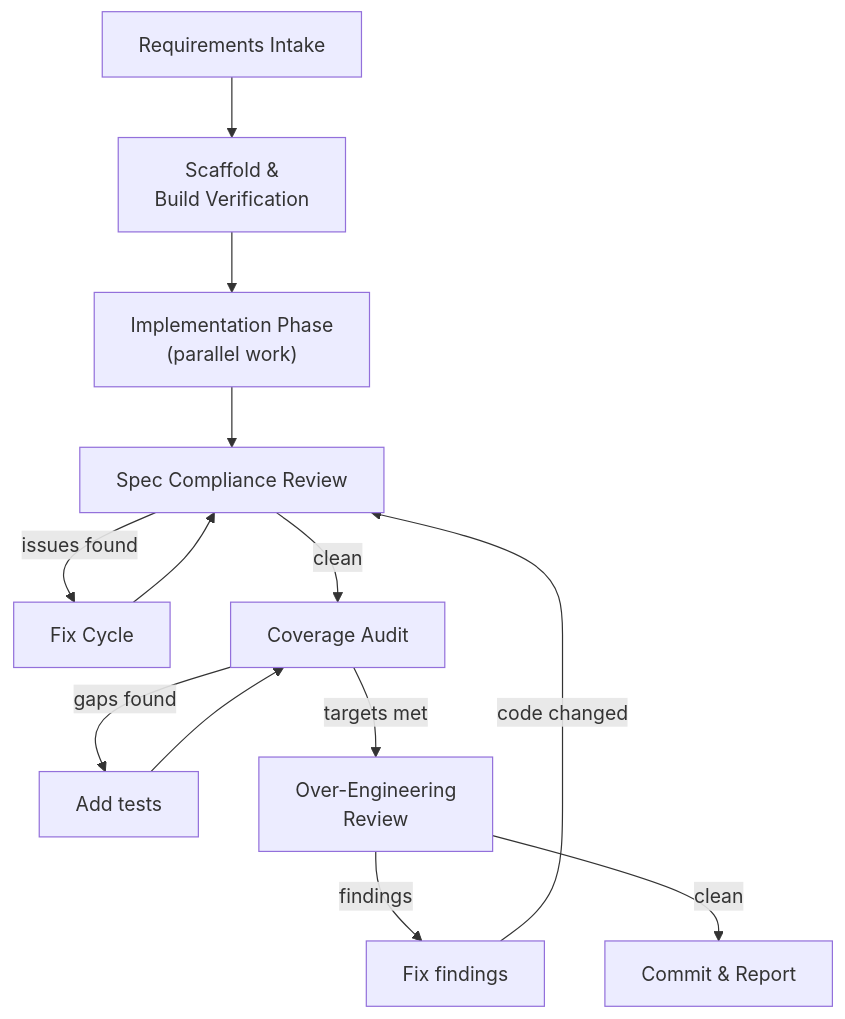
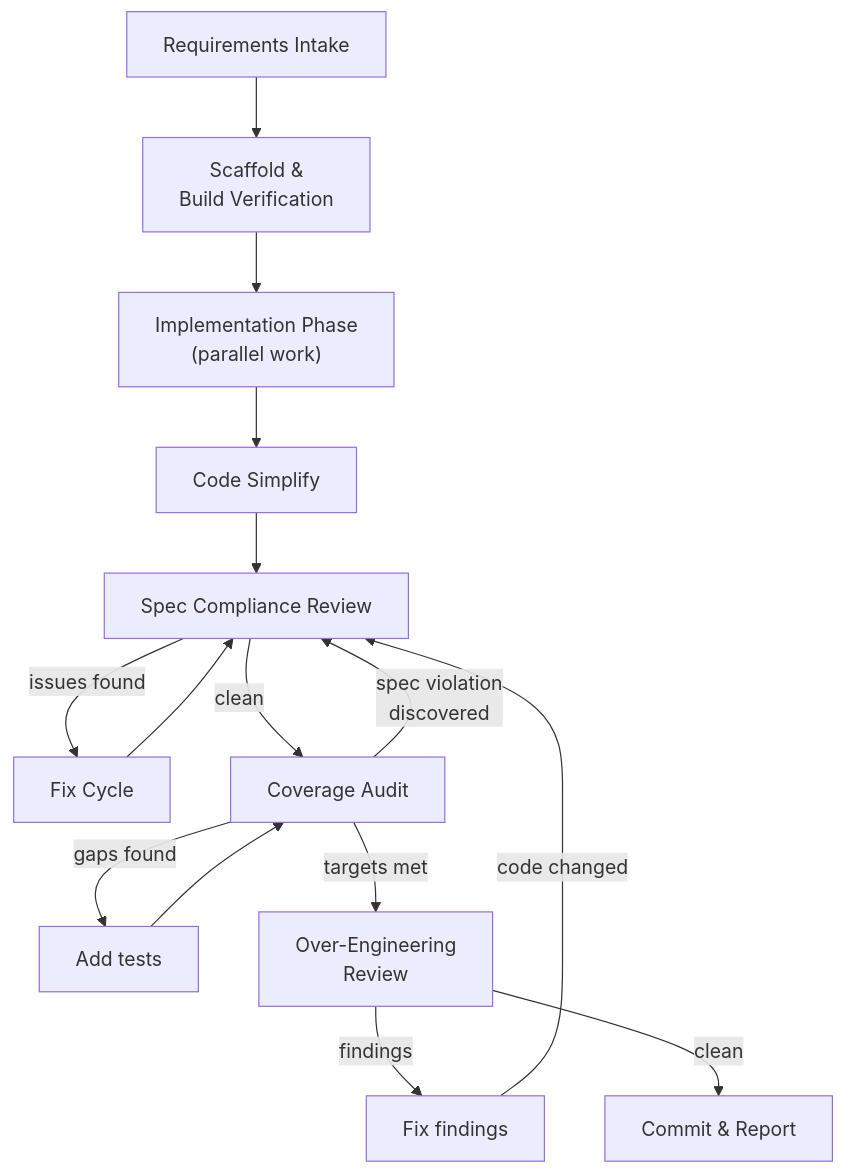
Before and after one commit to powdream-org/it-shell3: the second of 2 diagrams in docs/work-styles/05-implementation-workflow.md, drawn with Mermaid. The commit also changed other lines of this file and 11 other files, not shown here.

````diff
--- a/docs/work-styles/05-implementation-workflow.md
+++ b/docs/work-styles/05-implementation-workflow.md
@@ -71,15 +71,17 @@
 ```mermaid
 graph TD
     A["Requirements Intake"] --> B["Scaffold &<br/>Build Verification"]
     B --> C["Implementation Phase<br/>(parallel work)"]
-    C --> D["Spec Compliance Review"]
+    C --> S["Code Simplify"]
+    S --> D["Spec Compliance Review"]
     D -- "issues found" --> E["Fix Cycle"]
     E --> D
     D -- "clean" --> F["Coverage Audit"]
     F -- "gaps found" --> G["Add tests"]
     G --> F
+    F -- "spec violation<br/>discovered" --> D
     F -- "targets met" --> H["Over-Engineering<br/>Review"]
     H -- "findings" --> I["Fix findings"]
     I -- "code changed" --> D
     H -- "clean" --> J["Commit & Report"]
 ```
````
